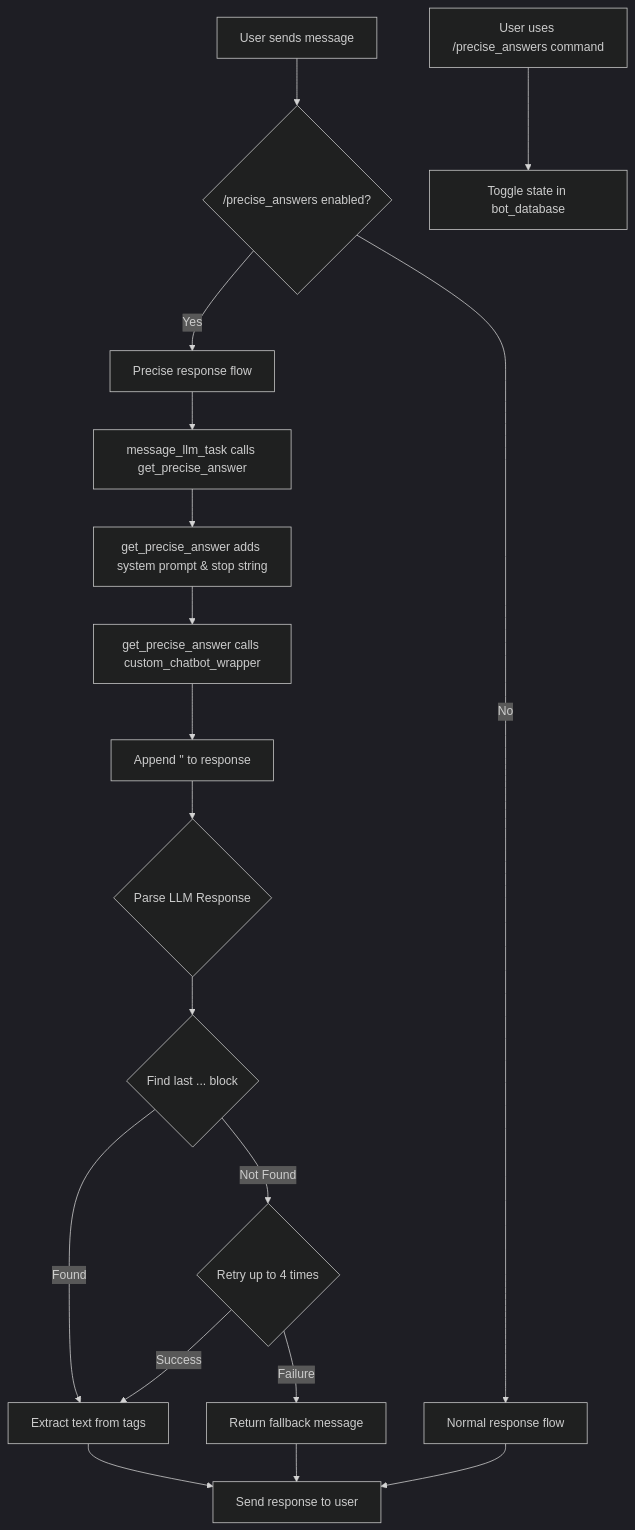
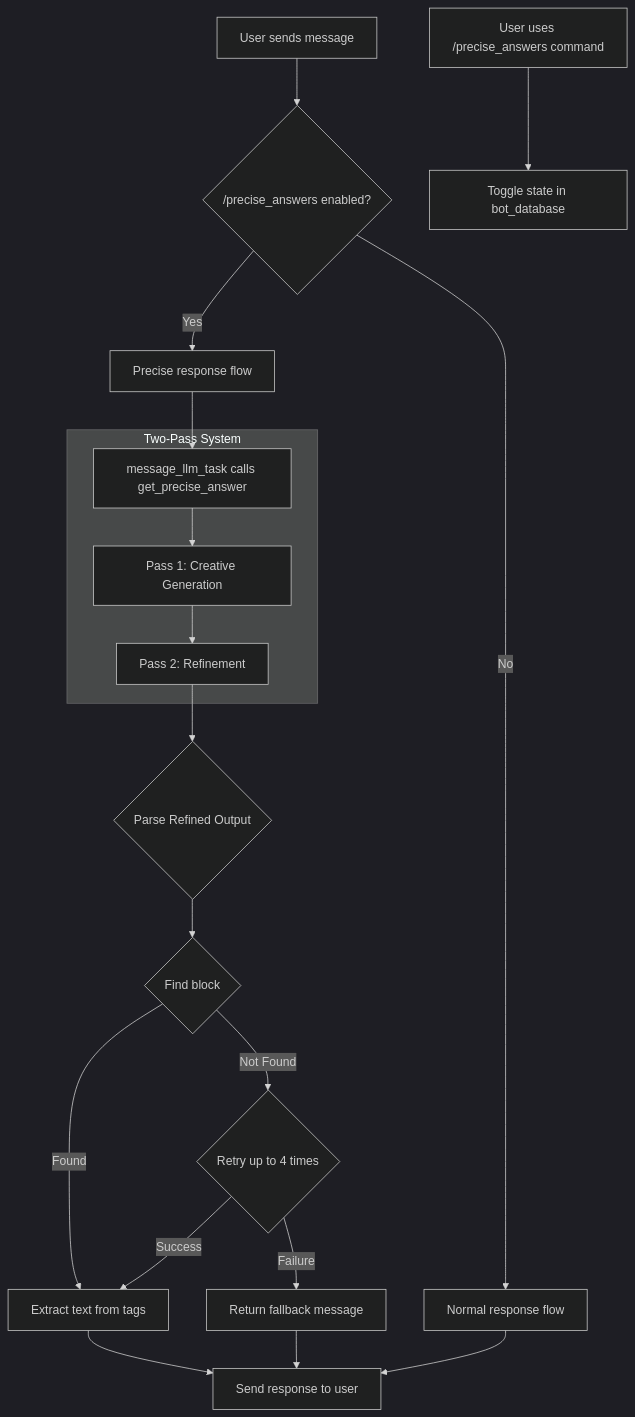
The diagram in precise_chat_plan.md (ETomberg391/ad_discordbot), drawn with Mermaid (dark theme) before and after one commit. The commit also changed other lines of this file and 2 other files, not shown here.

Commit message:
Implement two-pass architecture in get_precise_answer function for enhanced response generation

````diff
--- a/precise_chat_plan.md
+++ b/precise_chat_plan.md
@@ -116,21 +127,22 @@
 ```mermaid
 graph TD
     A[User sends message] --> B{/precise_answers enabled?};
     B -- No --> C[Normal response flow];
     B -- Yes --> D[Precise response flow];
     D --> E[message_llm_task calls get_precise_answer];
-    E --> F[get_precise_answer adds system prompt & stop string];
-    F --> G[get_precise_answer calls custom_chatbot_wrapper];
-    G --> H[Append '</chatting>' to response];
-    H --> I{Parse LLM Response};
-    I --> J{Find last <chatting>...</chatting> block};
-    J -- Found --> K[Extract text from tags];
-    J -- Not Found --> L{Retry up to 4 times};
-    L -- Success --> K;
-    L -- Failure --> M[Return fallback message];
-    K --> N[Send response to user];
-    M --> N;
-    C --> N;
+    subgraph Two-Pass System
+        E --> F[Pass 1: Creative Generation];
+        F --> G[Pass 2: Refinement];
+    end
+    G --> H{Parse Refined Output};
+    H --> I{Find <chatting> block};
+    I -- Found --> J[Extract text from tags];
+    I -- Not Found --> K{Retry up to 4 times};
+    K -- Success --> J;
+    K -- Failure --> L[Return fallback message];
+    J --> M[Send response to user];
+    L --> M;
+    C --> M;
 
-    O[User uses /precise_answers command] --> P[Toggle state in bot_database];
+    N[User uses /precise_answers command] --> O[Toggle state in bot_database];
 ```
````
